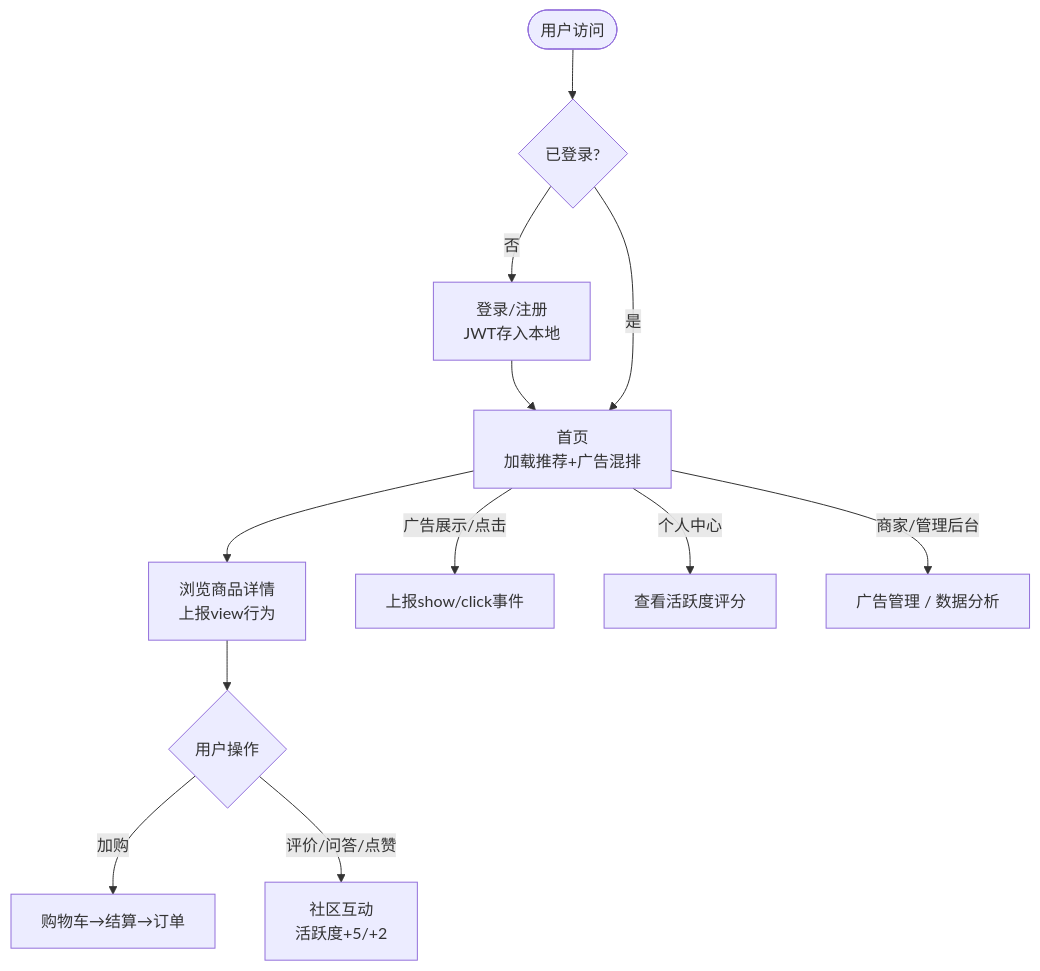
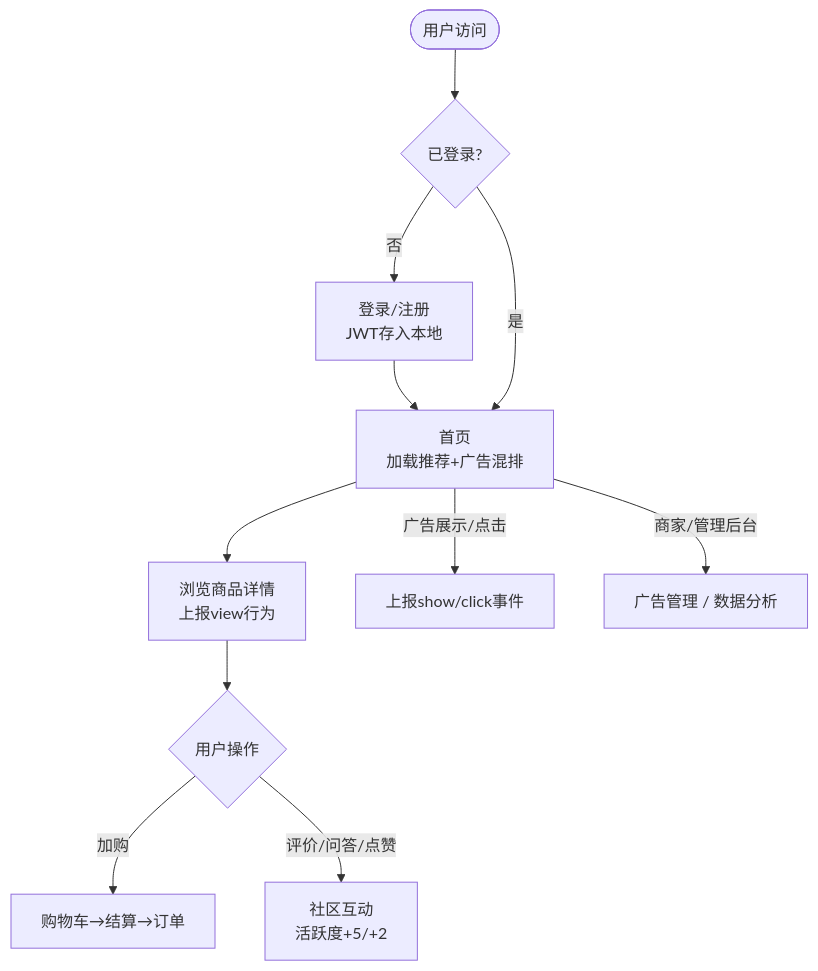
Diagram 15 of 15 in docs/figures.md (kun041011/ecommerce-ad-recommendation-system), drawn with Mermaid before and after one commit. The commit also changed other lines of this file and 3 other files, not shown here.

````diff
--- a/docs/figures.md
+++ b/docs/figures.md
@@ -385,14 +385,13 @@
 ```mermaid
 flowchart TB
     A([用户访问]) --> B{已登录?}
     B -->|否| C[登录/注册<br/>JWT存入本地]
     C --> D
     B -->|是| D[首页<br/>加载推荐+广告混排]
     D --> E[浏览商品详情<br/>上报view行为]
     E --> F{用户操作}
     F -->|加购| G[购物车→结算→订单]
     F -->|评价/问答/点赞| H[社区互动<br/>活跃度+5/+2]
     D -->|广告展示/点击| I[上报show/click事件]
-    D -->|个人中心| J[查看活跃度评分]
     D -->|商家/管理后台| K[广告管理 / 数据分析]
 ```
````
